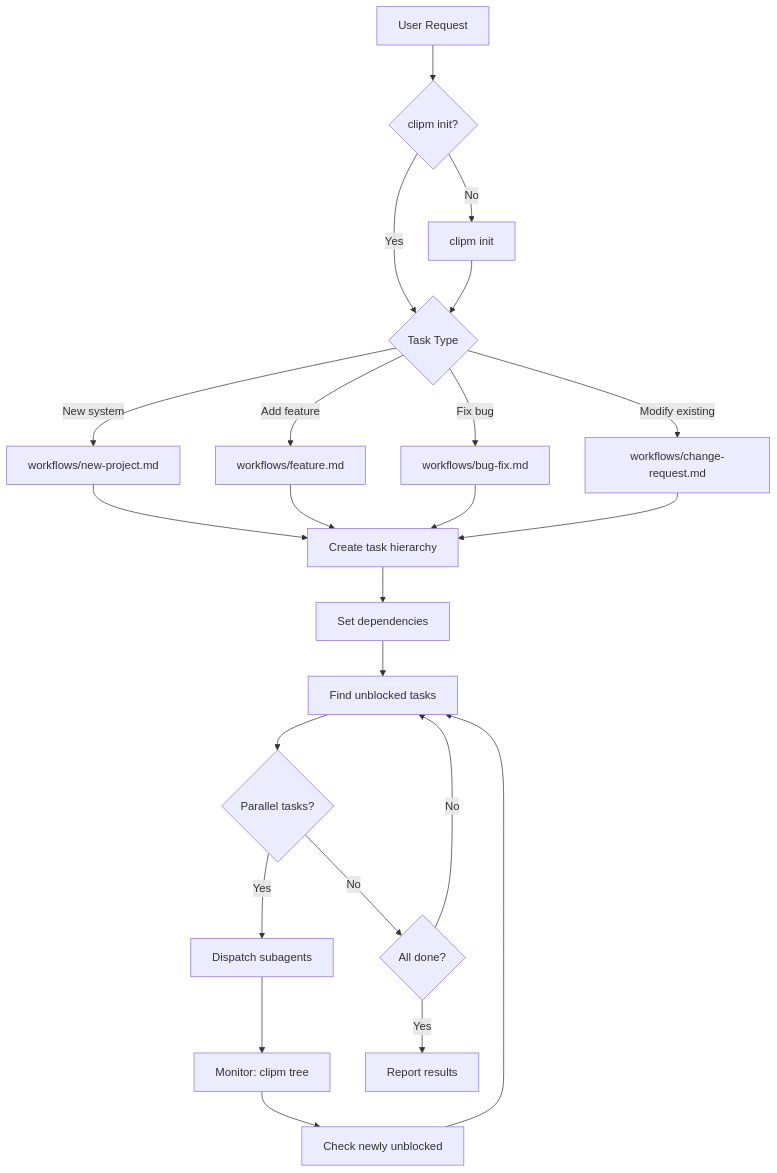
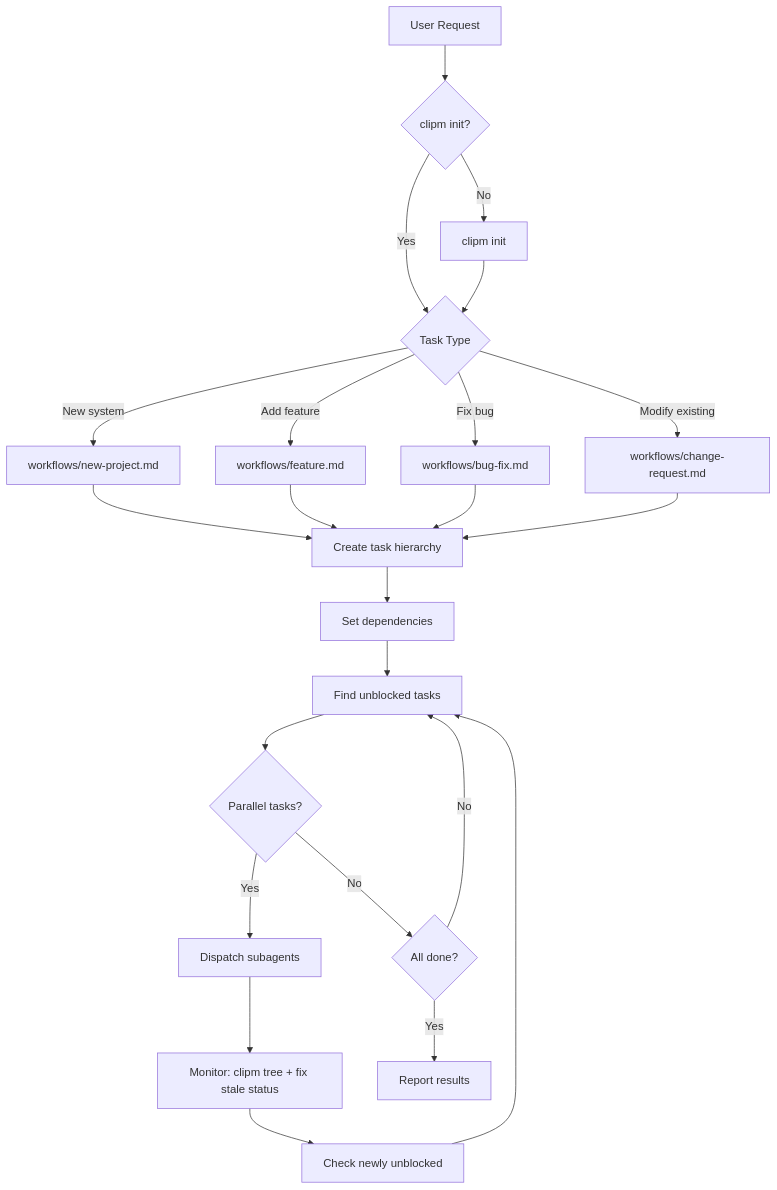
The diagram in skills/project-manager/SKILL.md (simonspoon/claude-setup), drawn with Mermaid before and after one commit. The commit also changed other lines of this file and 4 other files, not shown here.

````diff
--- a/skills/project-manager/SKILL.md
+++ b/skills/project-manager/SKILL.md
@@ -28,31 +28,31 @@
 ```mermaid
 flowchart TD
     A[User Request] --> B{clipm init?}
     B -->|No| C[clipm init]
     B -->|Yes| D{Task Type}
     C --> D
 
     D -->|New system| E[workflows/new-project.md]
     D -->|Add feature| F[workflows/feature.md]
     D -->|Fix bug| G[workflows/bug-fix.md]
     D -->|Modify existing| H[workflows/change-request.md]
 
     E --> I[Create task hierarchy]
     F --> I
     G --> I
     H --> I
 
     I --> J[Set dependencies]
     J --> K[Find unblocked tasks]
     K --> L{Parallel tasks?}
 
     L -->|Yes| M[Dispatch subagents]
     L -->|No| N{All done?}
 
-    M --> O[Monitor: clipm tree]
+    M --> O[Monitor: clipm tree + fix stale status]
     O --> P[Check newly unblocked]
     P --> K
 
     N -->|No| K
     N -->|Yes| Q[Report results]
 ```
````
